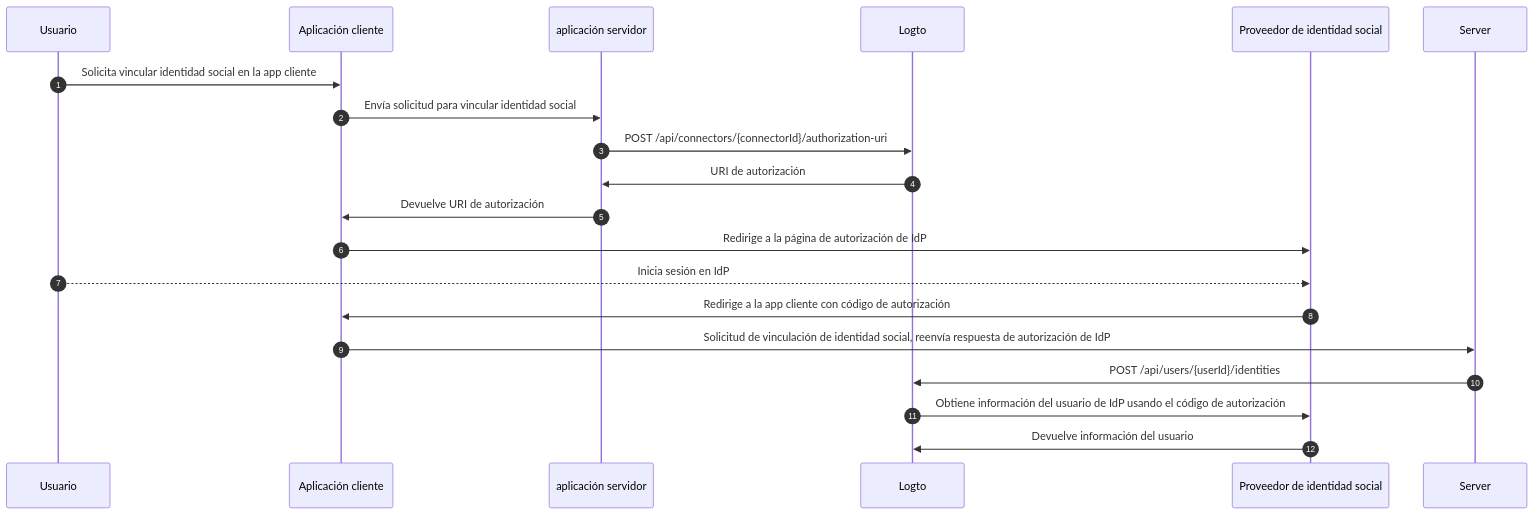
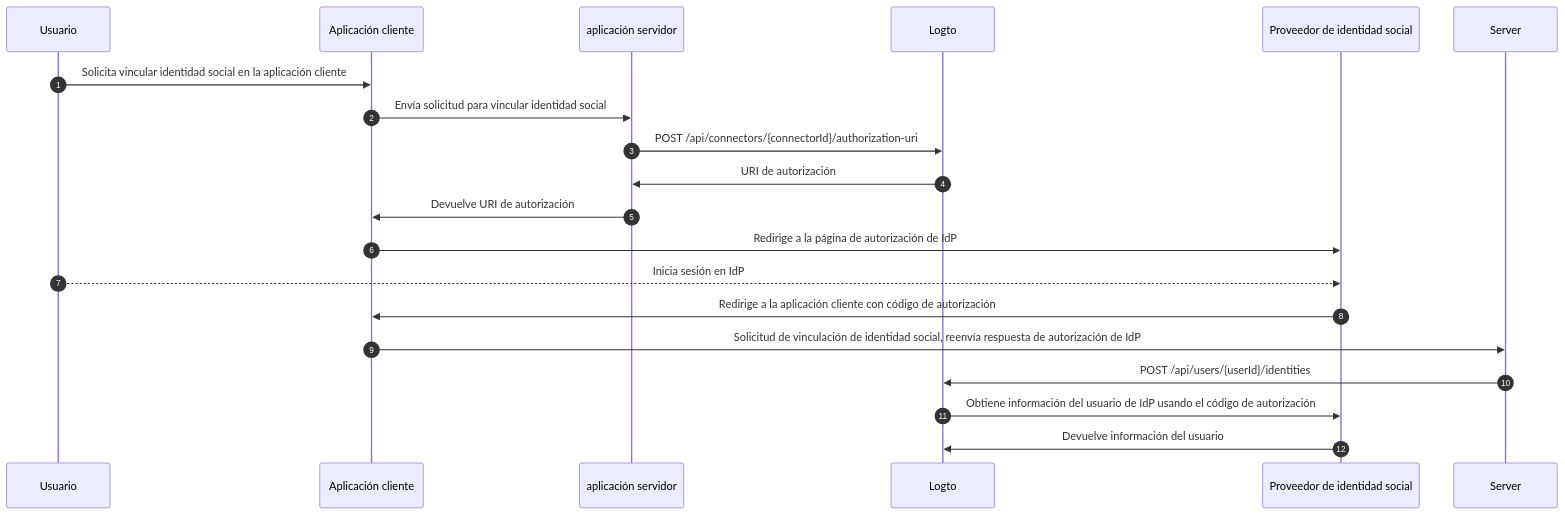
The third of 3 diagrams in i18n/es/docusaurus-plugin-content-docs/current/end-user-flows/account-settings/by-management-api.mdx (logto-io/docs), drawn with Mermaid before and after one commit. The commit also changed other lines of this file and 152 other files, not shown here.

````diff
--- a/i18n/es/docusaurus-plugin-content-docs/current/end-user-flows/account-settings/by-management-api.mdx
+++ b/i18n/es/docusaurus-plugin-content-docs/current/end-user-flows/account-settings/by-management-api.mdx
@@ -120,22 +120,22 @@
 ```mermaid
 sequenceDiagram
     autoNumber
     participant User as Usuario
     participant Client as Aplicación cliente
     participant App as aplicación servidor
     participant Logto as Logto
     participant IdP as Proveedor de identidad social
 
-    User ->> Client: Solicita vincular identidad social en la app cliente
+    User ->> Client: Solicita vincular identidad social en la aplicación cliente
     Client ->> App: Envía solicitud para vincular identidad social
     App ->> Logto: POST /api/connectors/{connectorId}/authorization-uri
     Logto ->> App: URI de autorización
     App ->> Client: Devuelve URI de autorización
     Client ->> IdP: Redirige a la página de autorización de IdP
     User -->> IdP: Inicia sesión en IdP
-    IdP ->> Client: Redirige a la app cliente con código de autorización
+    IdP ->> Client: Redirige a la aplicación cliente con código de autorización
     Client ->> Server: Solicitud de vinculación de identidad social, reenvía respuesta de autorización de IdP
     Server ->> Logto: POST /api/users/{userId}/identities
     Logto ->> IdP: Obtiene información del usuario de IdP usando el código de autorización
     IdP ->> Logto: Devuelve información del usuario
 ```
````
